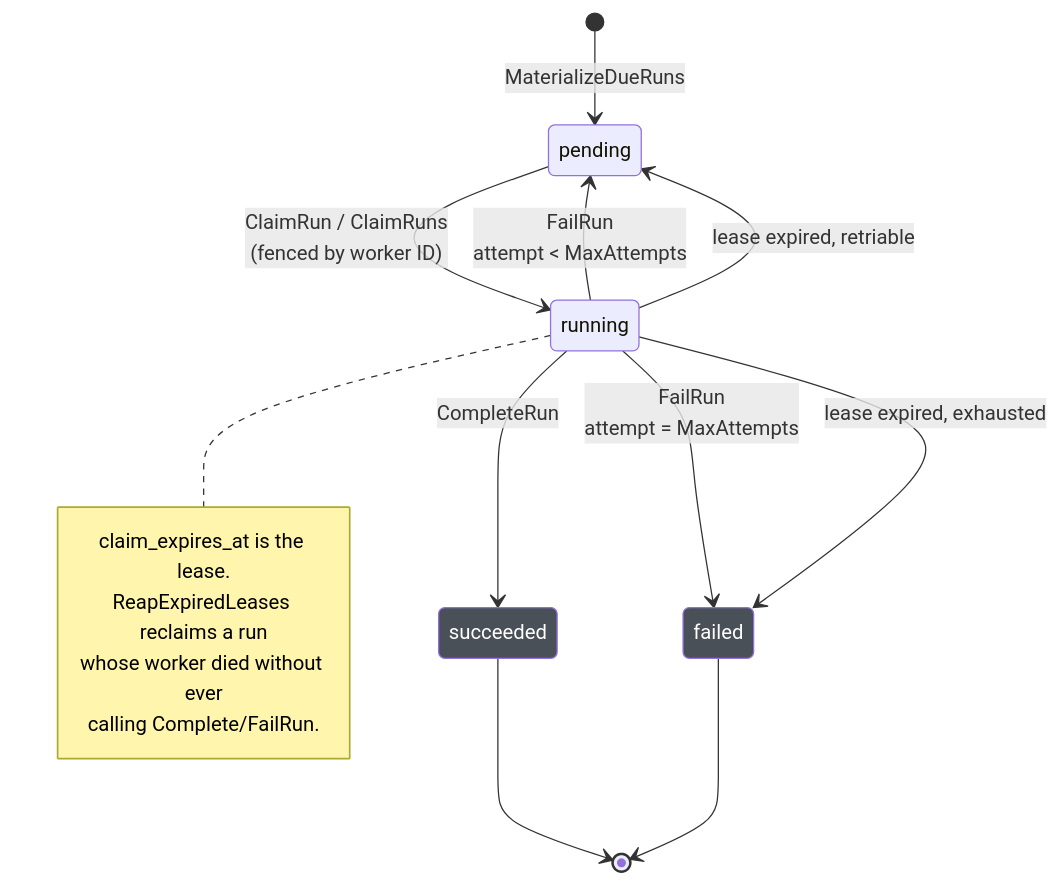
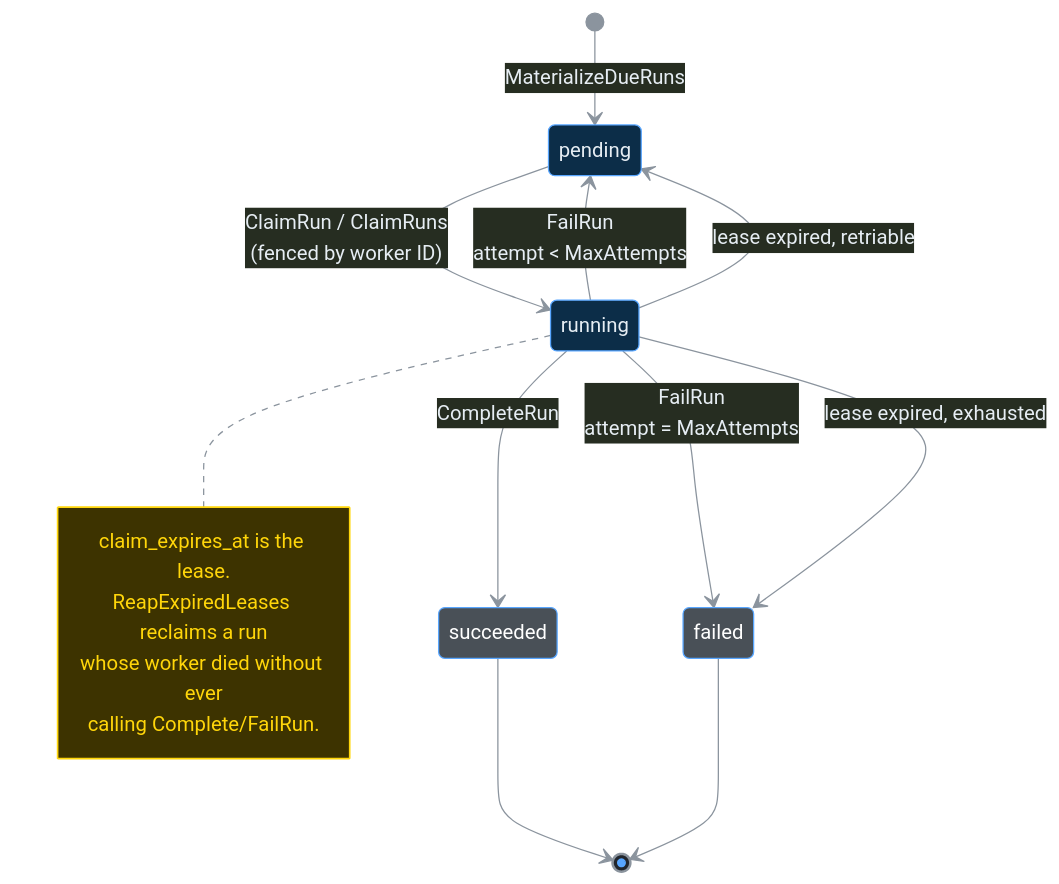
One commit to VaibhavDangaich/Orbit changed the third of 5 diagrams in README.md. Above: the diagram before and after it, drawn with Mermaid. The commit also changed other lines of this file, not shown here.

First line of the commit message:
Fix Mermaid diagram contrast on GitHub dark mode

````diff
--- a/README.md
+++ b/README.md
@@ -119,25 +152,38 @@
 ```mermaid
+%%{init: {'theme':'base', 'themeVariables': {
+  'background': '#0d1117',
+  'primaryColor': '#21262d',
+  'primaryTextColor': '#e6edf3',
+  'primaryBorderColor': '#58a6ff',
+  'lineColor': '#8b949e',
+  'textColor': '#e6edf3',
+  'noteBkgColor': '#3d3300',
+  'noteTextColor': '#ffd60a',
+  'noteBorderColor': '#ffd60a'
+}}}%%
 stateDiagram-v2
     [*] --> pending: MaterializeDueRuns
 
     pending --> running: ClaimRun / ClaimRuns<br/>(fenced by worker ID)
 
     running --> succeeded: CompleteRun
     running --> pending: FailRun<br/>attempt < MaxAttempts
     running --> failed: FailRun<br/>attempt = MaxAttempts
     running --> pending: lease expired, retriable
     running --> failed: lease expired, exhausted
 
     succeeded --> [*]
     failed --> [*]
 
     note right of running
         claim_expires_at is the lease.
         ReapExpiredLeases reclaims a run
         whose worker died without ever
         calling Complete/FailRun.
     end note
 
     classDef terminal fill:#495057,color:#fff
+    classDef active fill:#0c2d48,stroke:#58a6ff,color:#e6edf3
     class succeeded,failed terminal
+    class pending,running active
 ```
````
